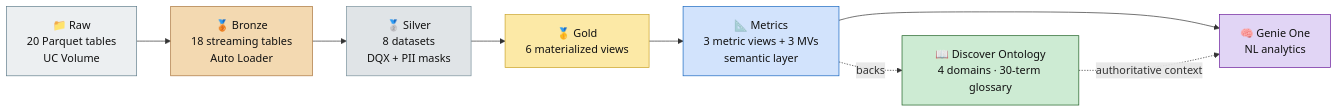
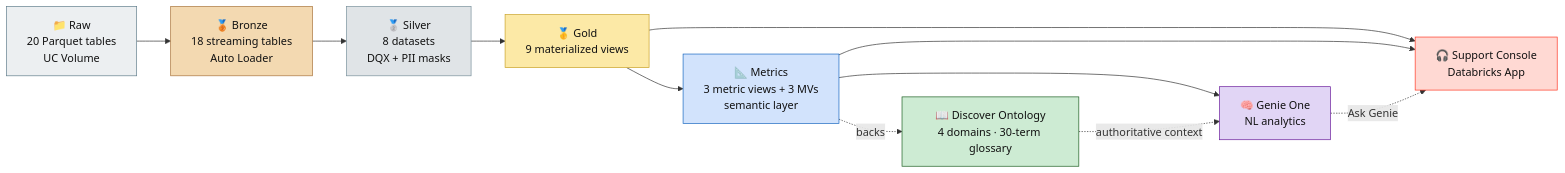
The first of 3 diagrams in README.md (gurpreetseth-db/DQ_UC_Ontology), drawn with Mermaid before and after one commit. The commit also changed other lines of this file and 34 other files, not shown here.

First line of the commit message:
Add NexusRetail Support Console Databricks App

````diff
--- a/README.md
+++ b/README.md
@@ -10,25 +10,30 @@
 ```mermaid
 flowchart LR
     RAW["📁 Raw<br/>20 Parquet tables<br/>UC Volume"] --> BRZ["🥉 Bronze<br/>18 streaming tables<br/>Auto Loader"]
     BRZ --> SLV["🥈 Silver<br/>8 datasets<br/>DQX + PII masks"]
-    SLV --> GLD["🥇 Gold<br/>6 materialized views"]
+    SLV --> GLD["🥇 Gold<br/>9 materialized views"]
     GLD --> MET["📐 Metrics<br/>3 metric views + 3 MVs<br/>semantic layer"]
     MET --> GEN["🧠 Genie One<br/>NL analytics"]
+    GLD --> APP["🎧 Support Console<br/>Databricks App"]
+    MET --> APP
+    GEN -. "Ask Genie" .-> APP
     ONT["📖 Discover Ontology<br/>4 domains · 30-term glossary"] -. "authoritative context" .-> GEN
     MET -. "backs" .-> ONT
 
     classDef raw fill:#ECEFF1,stroke:#607D8B,color:#111
     classDef bronze fill:#F3D9B1,stroke:#A9743B,color:#111
     classDef silver fill:#E0E4E7,stroke:#78909C,color:#111
     classDef gold fill:#FCE9A6,stroke:#C9A227,color:#111
     classDef metrics fill:#D2E3FC,stroke:#1565C0,color:#111
     classDef genie fill:#E1D5F5,stroke:#6A1B9A,color:#111
     classDef onto fill:#CDEBD3,stroke:#1B5E20,color:#111
+    classDef app fill:#FFD9D3,stroke:#FF3621,color:#111
     class RAW raw
     class BRZ bronze
     class SLV silver
     class GLD gold
     class MET metrics
     class GEN genie
     class ONT onto
+    class APP app
 ```
````
